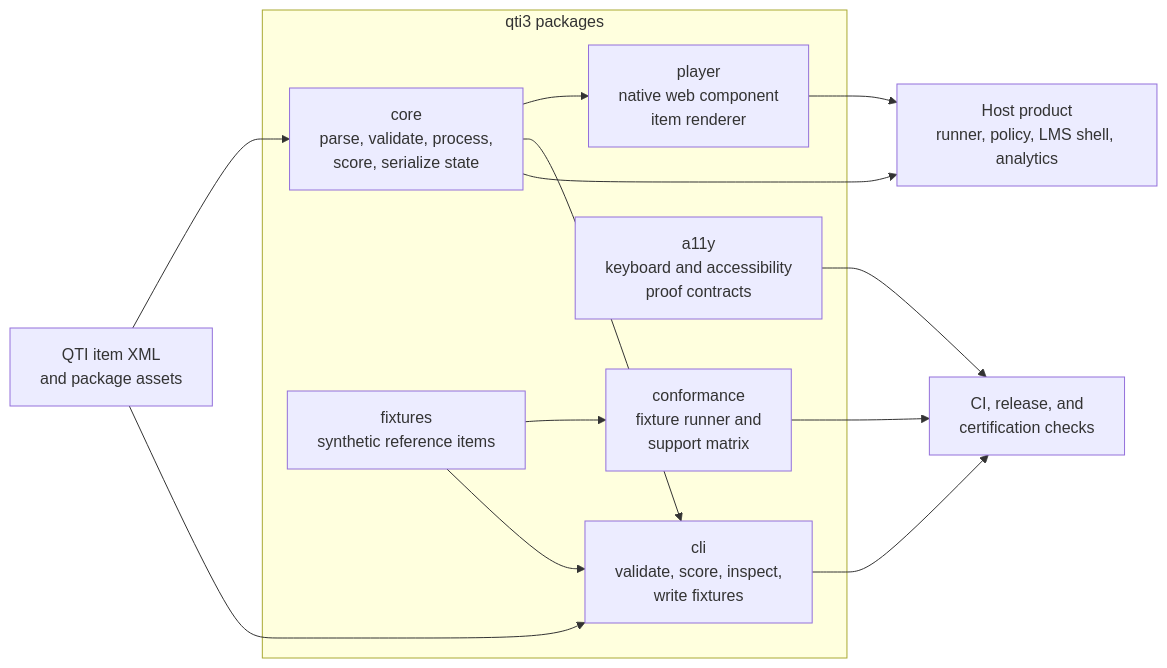
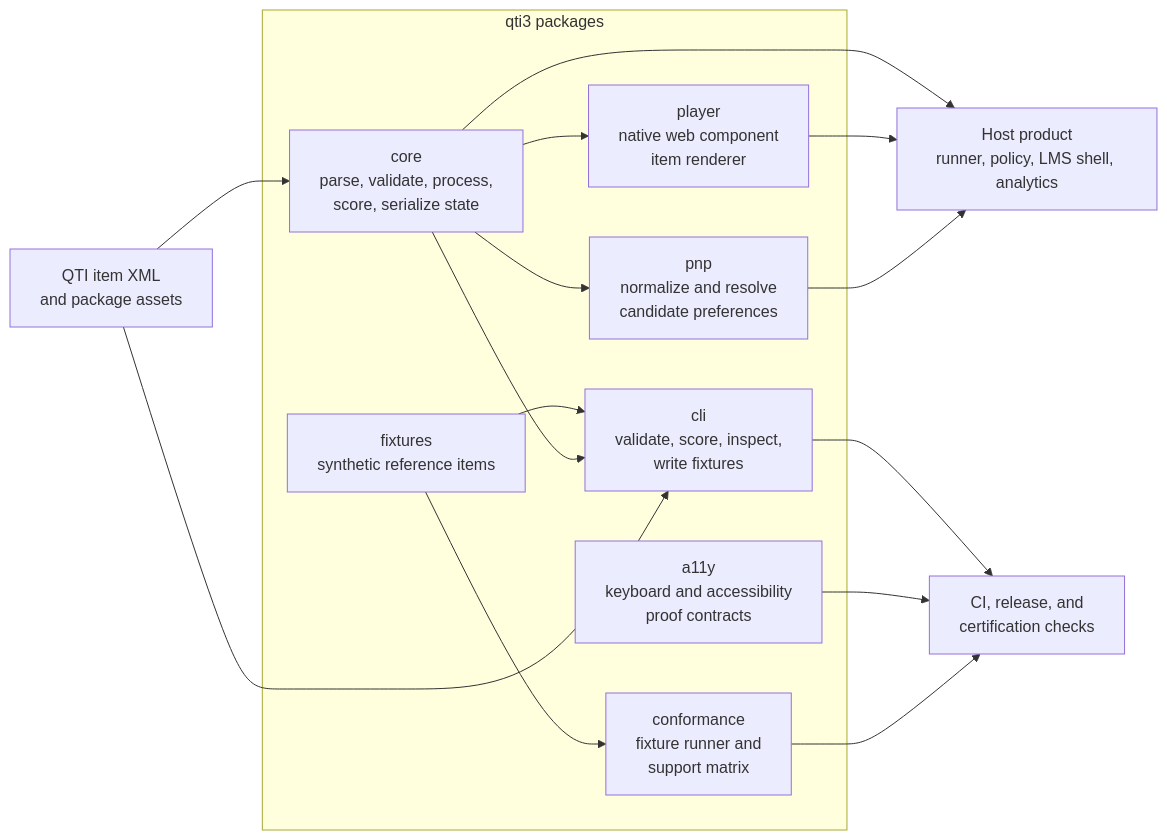
Before and after one commit to LongsightGroup/qti3: the diagram in README.md, drawn with Mermaid. The commit also changed other lines of this file and 12 other files, not shown here.

````diff
--- a/README.md
+++ b/README.md
@@ -20,27 +20,30 @@
 ```mermaid
 flowchart LR
   content["QTI item XML<br/>and package assets"]
   host["Host product<br/>runner, policy, LMS shell, analytics"]
   review["CI, release, and<br/>certification checks"]
 
   subgraph qti3["qti3 packages"]
     core["core<br/>parse, validate, process,<br/>score, serialize state"]
     player["player<br/>native web component<br/>item renderer"]
     fixtures["fixtures<br/>synthetic reference items"]
     conformance["conformance<br/>fixture runner and<br/>support matrix"]
     a11y["a11y<br/>keyboard and accessibility<br/>proof contracts"]
     cli["cli<br/>validate, score, inspect,<br/>write fixtures"]
+    pnp["pnp<br/>normalize and resolve<br/>candidate preferences"]
   end
 
   content --> core
   content --> cli
   core --> player
   core --> cli
+  core --> pnp
   fixtures --> conformance
   fixtures --> cli
   conformance --> review
   a11y --> review
   cli --> review
+  pnp --> host
   player --> host
   core --> host
 ```
````
